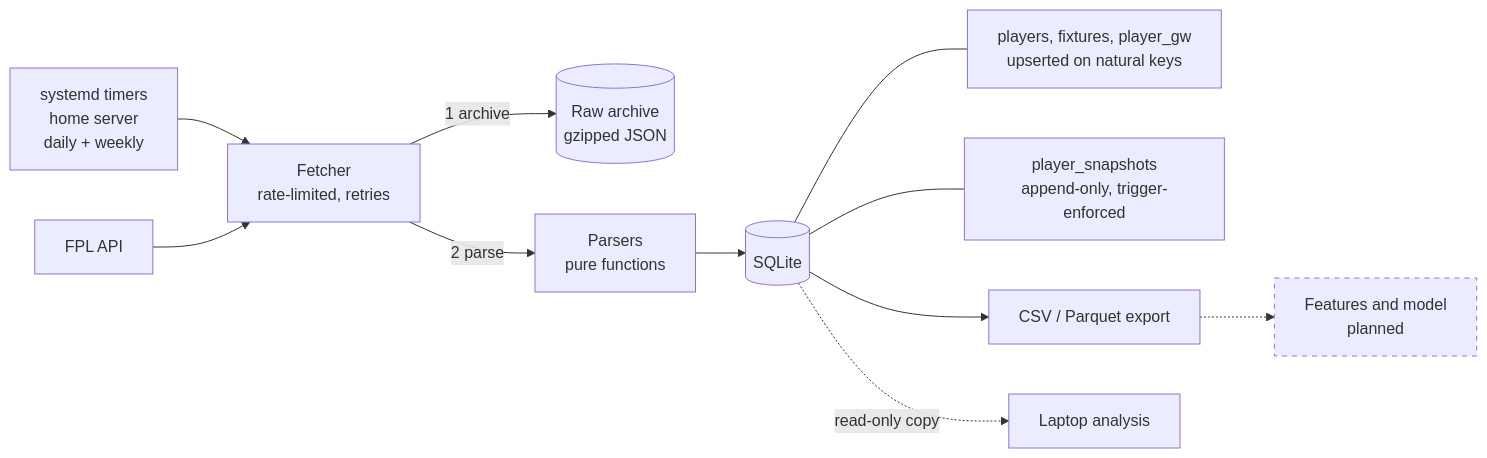
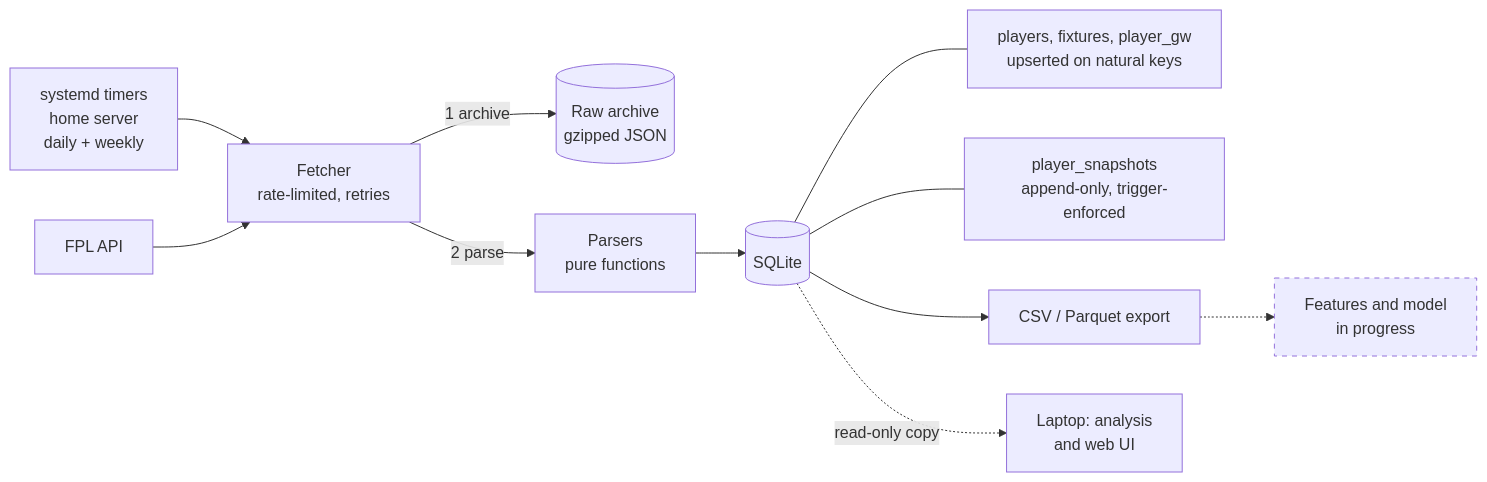
The diagram in README.md (jademuun/real_fpl), drawn with Mermaid before and after one commit. The commit also changed other lines of this file, not shown here.

Commit message:
README: bring status, sources, layout and web UI up to date

````diff
--- a/README.md
+++ b/README.md
@@ -18,15 +21,15 @@
 ```mermaid
 flowchart LR
     T["systemd timers<br/>home server<br/>daily + weekly"] --> F
     S1["FPL API"] --> F["Fetcher<br/>rate-limited, retries"]
     F -- "1 archive" --> R[("Raw archive<br/>gzipped JSON")]
     F -- "2 parse" --> P["Parsers<br/>pure functions"]
     P --> D[("SQLite")]
     D --- A["players, fixtures, player_gw<br/>upserted on natural keys"]
     D --- B["player_snapshots<br/>append-only, trigger-enforced"]
     D --> E["CSV / Parquet export"]
-    E -.-> M["Features and model<br/>planned"]
-    D -. "read-only copy" .-> L["Laptop analysis"]
+    E -.-> M["Features and model<br/>in progress"]
+    D -. "read-only copy" .-> L["Laptop: analysis<br/>and web UI"]
     classDef planned stroke-dasharray: 5 5
     class M planned
 ```
````
